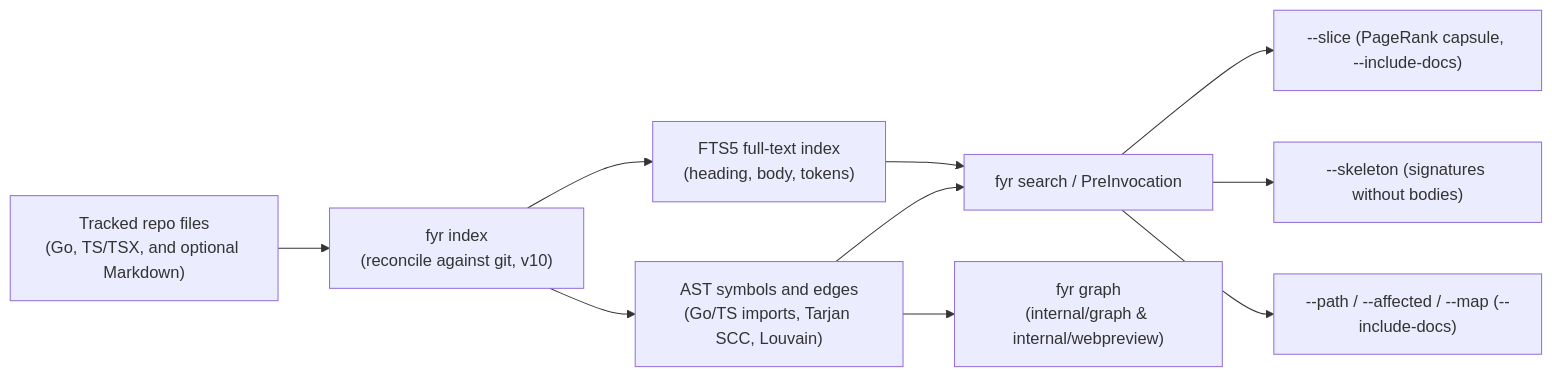
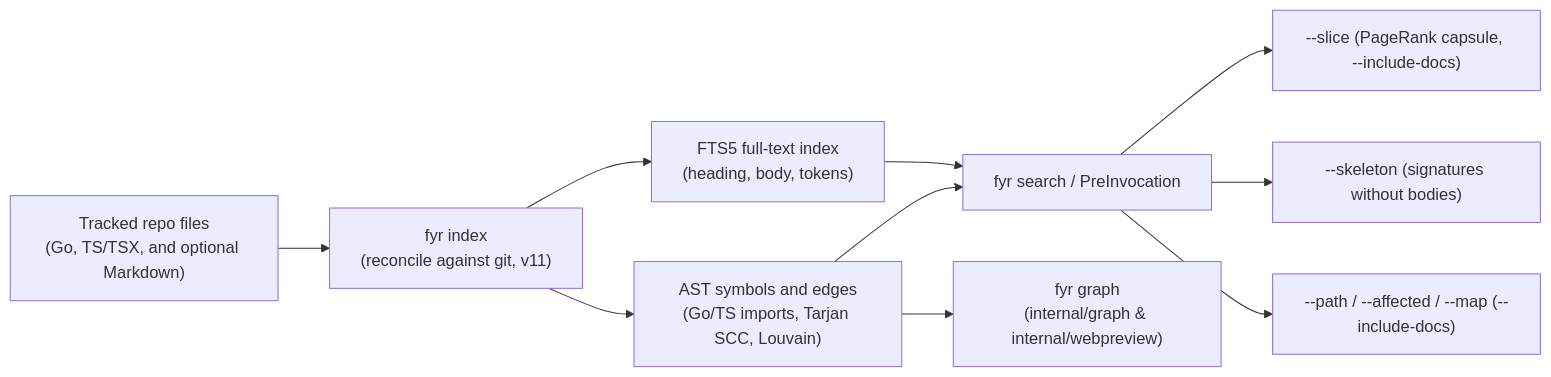
The second of 7 diagrams in features/hooks-and-ast-graph.md (kesokaj/fyr), drawn with Mermaid before and after one commit. The commit also changed other lines of this file and 17 other files, not shown here.

````diff
--- a/features/hooks-and-ast-graph.md
+++ b/features/hooks-and-ast-graph.md
@@ -40,12 +40,12 @@
 ```mermaid
 flowchart LR
-    repoFiles["Tracked repo files\n(Go, TS/TSX, and optional Markdown)"] --> indexer["fyr index\n(reconcile against git, v10)"]
+    repoFiles["Tracked repo files\n(Go, TS/TSX, and optional Markdown)"] --> indexer["fyr index\n(reconcile against git, v11)"]
     indexer --> ftsIndex["FTS5 full-text index\n(heading, body, tokens)"]
     indexer --> astGraph["AST symbols and edges\n(Go/TS imports, Tarjan SCC, Louvain)"]
     ftsIndex --> queryEngine["fyr search / PreInvocation"]
     astGraph --> queryEngine
     astGraph --> graphCmd["fyr graph\n(internal/graph & internal/webpreview)"]
     queryEngine --> sliceOut["--slice (PageRank capsule, --include-docs)"]
     queryEngine --> skelOut["--skeleton (signatures without bodies)"]
     queryEngine --> pathOut["--path / --affected / --map (--include-docs)"]
 ```
````
